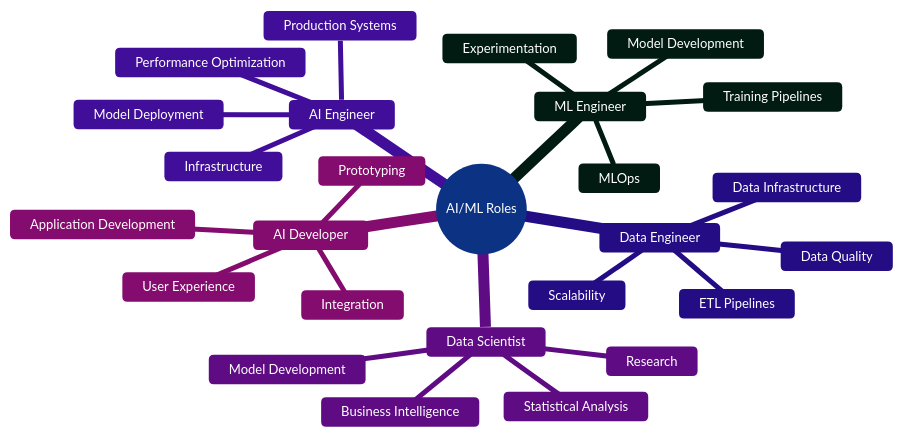
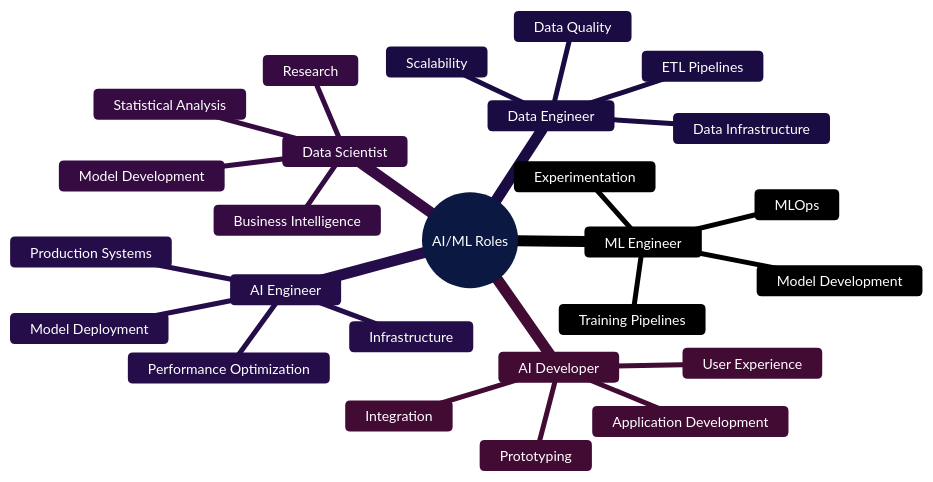
The second of 4 diagrams in README.md (khaosans/articles), drawn with Mermaid before and after one commit. The commit also changed other lines of this file and 1 other file, not shown here.

````diff
--- a/README.md
+++ b/README.md
@@ -85,30 +91,30 @@
 ```mermaid
-%%{init: {'theme': 'base', 'themeVariables': { 'fontSize': '13px', 'fontFamily': 'Segoe UI, Arial, sans-serif', 'primaryColor': '#2563eb', 'primaryTextColor': '#ffffff', 'primaryBorderColor': '#1e40af', 'lineColor': '#64748b', 'secondaryColor': '#7c3aed', 'tertiaryColor': '#059669'}}}%%
+%%{init: {'theme': 'base', 'themeVariables': { 'fontSize': '14px', 'fontFamily': 'Segoe UI, Arial, sans-serif', 'primaryColor': '#1e40af', 'primaryTextColor': '#ffffff', 'primaryBorderColor': '#1e3a8a', 'lineColor': '#475569', 'secondaryColor': '#5b21b6', 'tertiaryColor': '#047857'}}}%%
 mindmap
   root((AI/ML Roles))
     AI Engineer
       Model Deployment
       Production Systems
       Performance Optimization
       Infrastructure
     ML Engineer
       Model Development
       Training Pipelines
       Experimentation
       MLOps
     Data Engineer
       Data Infrastructure
       ETL Pipelines
       Data Quality
       Scalability
     Data Scientist
       Statistical Analysis
       Model Development
       Business Intelligence
       Research
     AI Developer
       Application Development
       Integration
       User Experience
       Prototyping
 ```
````
